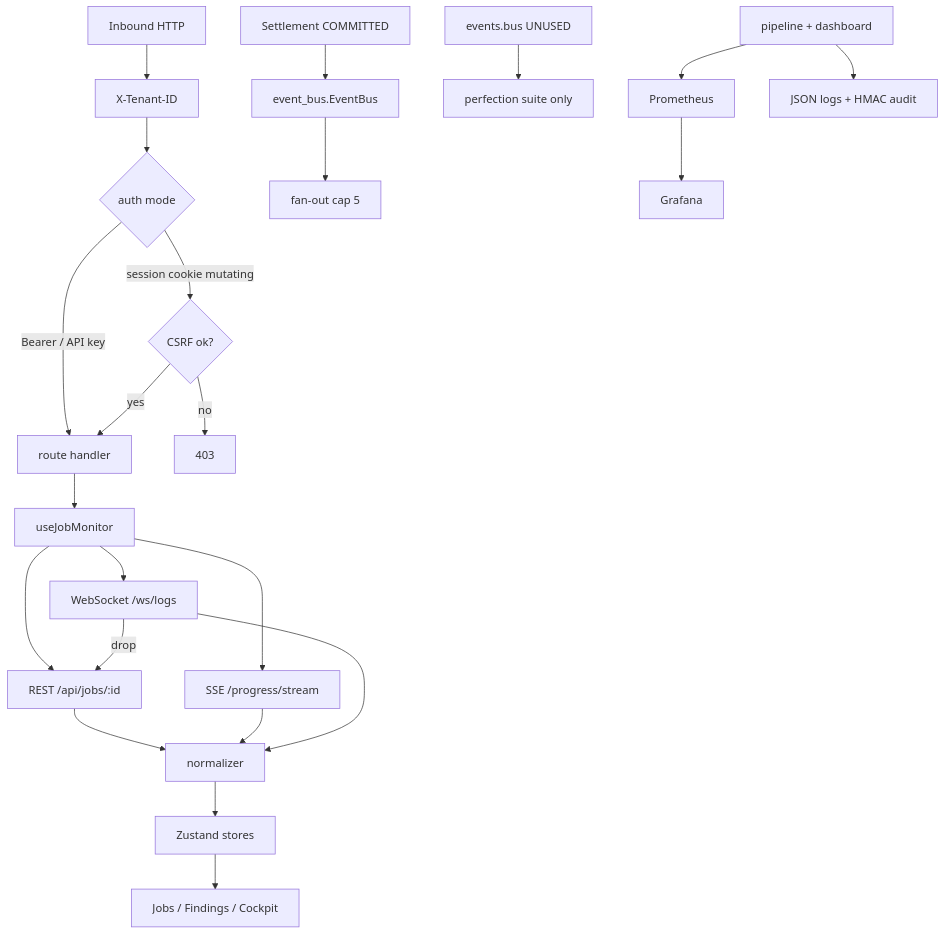
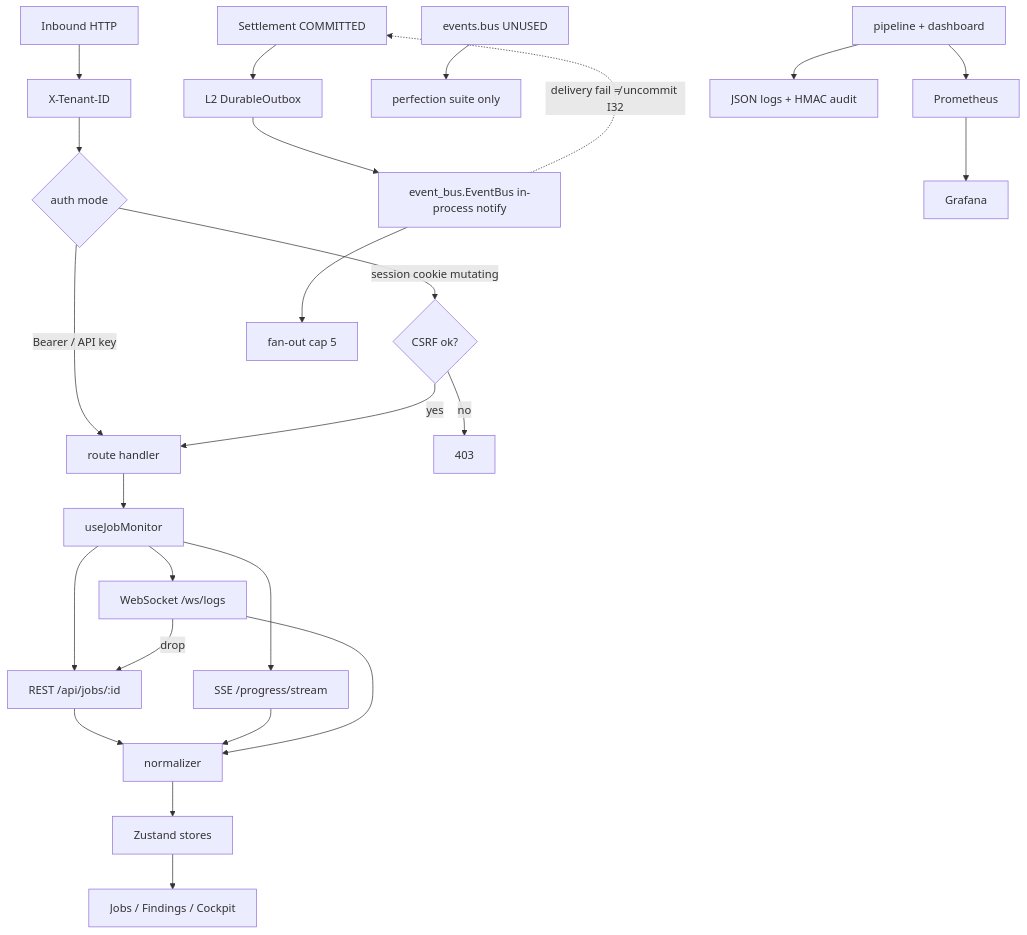
One commit to AviralGup7/Singularity-Zero changed the ninth of 13 diagrams in docs/flowchart.md. Above: the diagram before and after it, drawn with Mermaid. The commit also changed other lines of this file, not shown here.

First line of the commit message:
docs(flowchart): add F-033 I30–I32 after code landed

````diff
--- a/docs/flowchart.md
+++ b/docs/flowchart.md
@@ -334,25 +336,27 @@
 ```mermaid
 flowchart TD
     HTTP["Inbound HTTP"] --> Tenant["X-Tenant-ID"]
     Tenant --> Auth{"auth mode"}
     Auth -->|"Bearer / API key"| Dispatch["route handler"]
     Auth -->|"session cookie mutating"| CSRF{"CSRF ok?"}
     CSRF -->|no| R403["403"]
     CSRF -->|yes| Dispatch
     Dispatch --> Hook["useJobMonitor"]
     Hook --> REST["REST /api/jobs/:id"]
     Hook --> SSE["SSE /progress/stream"]
     Hook --> WS["WebSocket /ws/logs"]
     REST --> Norm["normalizer"]
     SSE --> Norm
     WS --> Norm
     WS -->|drop| REST
     Norm --> Stores["Zustand stores"]
     Stores --> Pages["Jobs / Findings / Cockpit"]
-    Settle["Settlement COMMITTED"] --> LiveBus["event_bus.EventBus"]
+    Settle["Settlement COMMITTED"] --> Outbox["L2 DurableOutbox"]
+    Outbox --> LiveBus["event_bus.EventBus in-process notify"]
     LiveBus --> Fan["fan-out cap 5"]
+    LiveBus -.->|"delivery fail ≠ uncommit I32"| Settle
     Unused["events.bus UNUSED"] --> PerfSuite["perfection suite only"]
     App["pipeline + dashboard"] --> Prom["Prometheus"]
     App --> Logs["JSON logs + HMAC audit"]
     Prom --> Graf["Grafana"]
 ```
````
